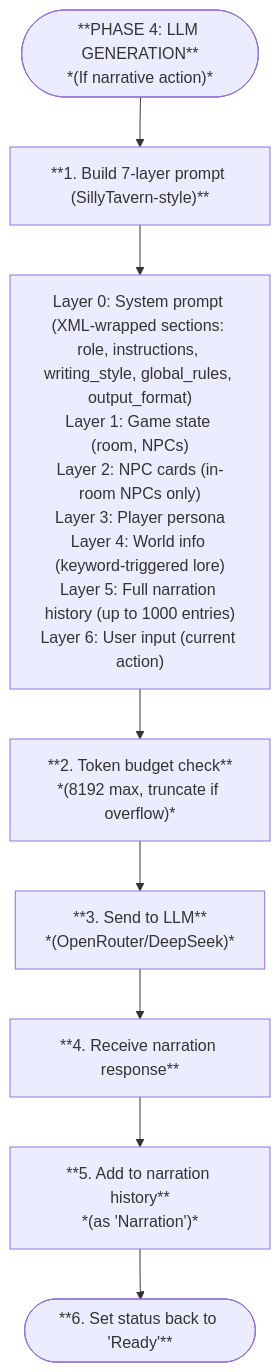
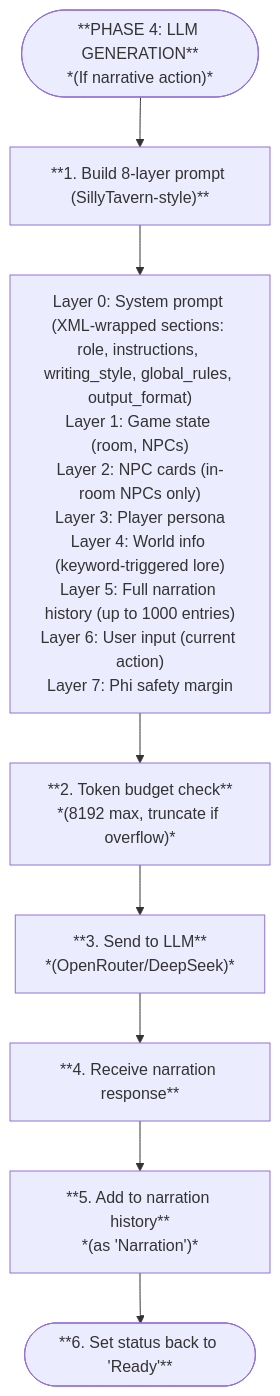
The second of 3 diagrams in chronicler_engine/docs/system/game_flow.md (notsonormal/chronicler-engine), drawn with Mermaid before and after one commit. The commit also changed other lines of this file and 79 other files, not shown here.

````diff
--- a/chronicler_engine/docs/system/game_flow.md
+++ b/chronicler_engine/docs/system/game_flow.md
@@ -46,21 +43,21 @@
 ```mermaid
 flowchart TD
     Start(["**PHASE 4: LLM GENERATION**<br>*(If narrative action)*"])
     
-    Step1["**1. Build 7-layer prompt (SillyTavern-style)**"]
-    Sub1["Layer 0: System prompt (XML-wrapped sections: role, instructions, writing_style, global_rules, output_format)<br>Layer 1: Game state (room, NPCs)<br>Layer 2: NPC cards (in-room NPCs only)<br>Layer 3: Player persona<br>Layer 4: World info (keyword-triggered lore)<br>Layer 5: Full narration history (up to 1000 entries)<br>Layer 6: User input (current action)"]
+    Step1["**1. Build 8-layer prompt (SillyTavern-style)**"]
+    Sub1["Layer 0: System prompt (XML-wrapped sections: role, instructions, writing_style, global_rules, output_format)<br>Layer 1: Game state (room, NPCs)<br>Layer 2: NPC cards (in-room NPCs only)<br>Layer 3: Player persona<br>Layer 4: World info (keyword-triggered lore)<br>Layer 5: Full narration history (up to 1000 entries)<br>Layer 6: User input (current action)<br>Layer 7: Phi safety margin"]
     
     Step2["**2. Token budget check**<br>*(8192 max, truncate if overflow)*"]
     Step3["**3. Send to LLM**<br>*(OpenRouter/DeepSeek)*"]
     Step4["**4. Receive narration response**"]
     Step5["**5. Add to narration history**<br>*(as 'Narration')*"]
     Step6(["**6. Set status back to 'Ready'**"])
 
     Start --> Step1
     Step1 --> Sub1
     Sub1 --> Step2
     Step2 --> Step3
     Step3 --> Step4
     Step4 --> Step5
     Step5 --> Step6
 ```
````
